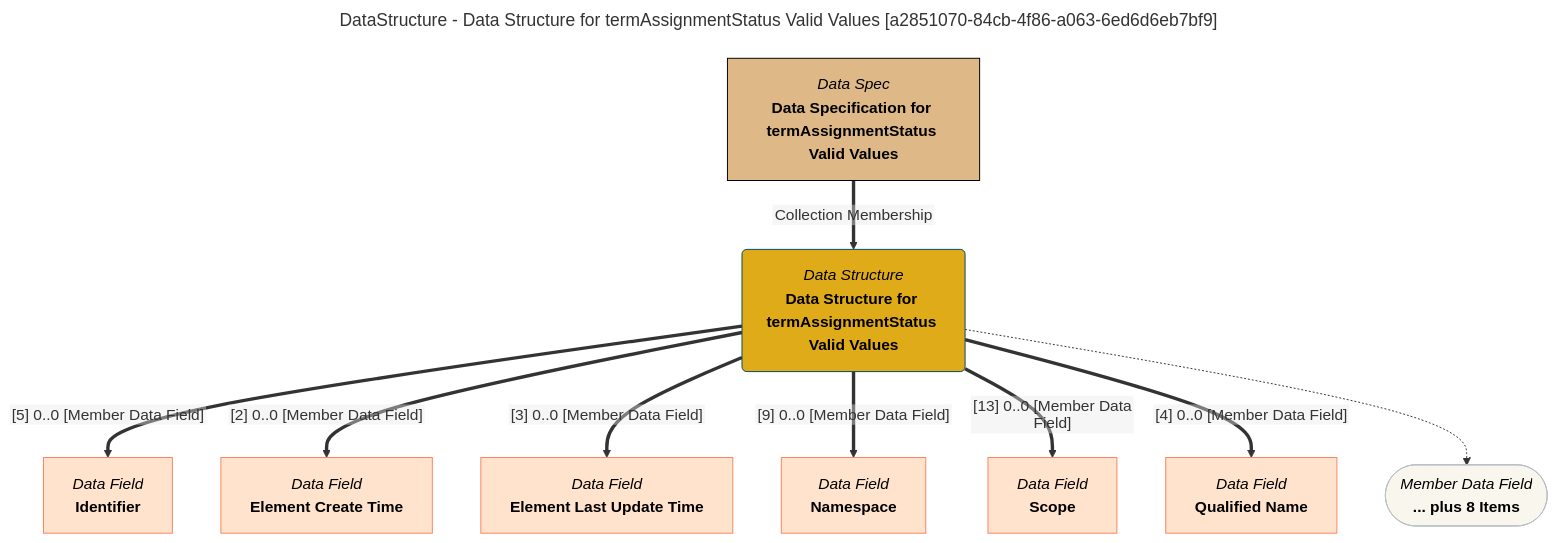
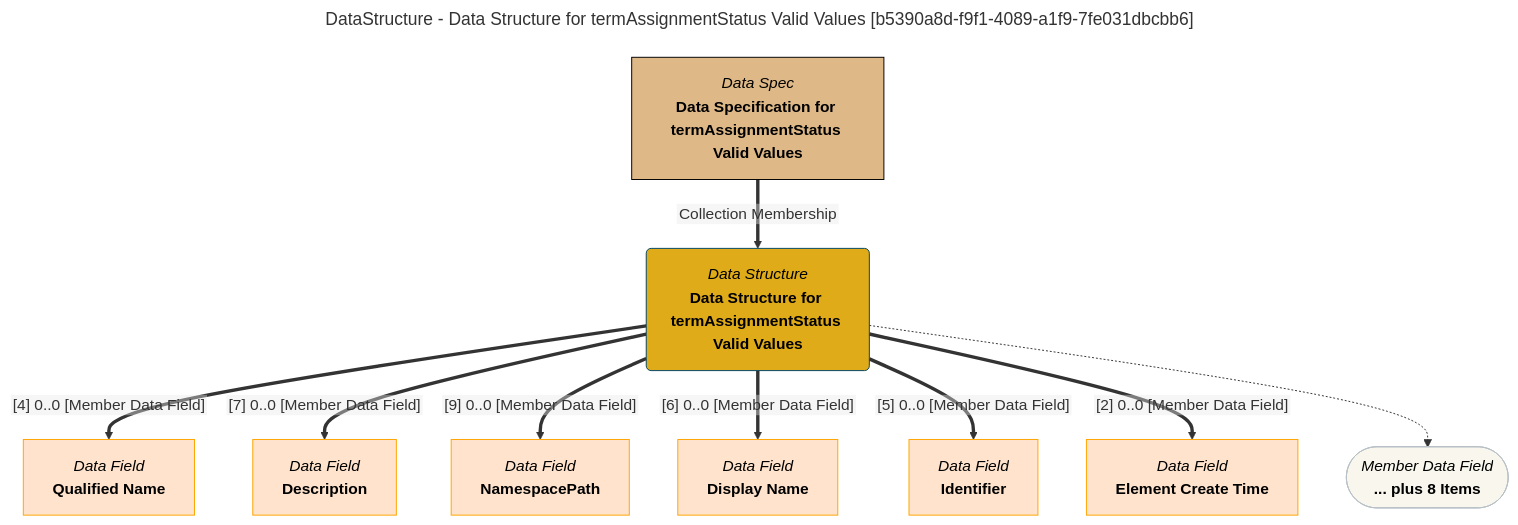
Before and after one commit to odpi/egeria-docs: the diagram in site/snippets/data-structures/data-structure-for-termassignmentstatus-valid-values-mermaid-graph.md, drawn with Mermaid. The commit also changed 2201 other files, not shown here.

````diff
--- a/site/snippets/data-structures/data-structure-for-termassignmentstatus-valid-values-mermaid-graph.md
+++ b/site/snippets/data-structures/data-structure-for-termassignmentstatus-valid-values-mermaid-graph.md
@@ -1,43 +1,43 @@
 ```mermaid
 ---
-title: DataStructure - Data Structure for termAssignmentStatus Valid Values [a2851070-84cb-4f86-a063-6ed6d6eb7bf9]
+title: DataStructure - Data Structure for termAssignmentStatus Valid Values [b5390a8d-f9f1-4089-a1f9-7fe031dbcbb6]
 ---
 flowchart TD
 %%{init: {"flowchart": {"htmlLabels": false}} }%%
 
 1@{ shape: rounded, label: "*Data Structure*
 **Data Structure for termAssignmentStatus Valid Values**"}
 2@{ shape: rect, label: "*Data Spec*
 **Data Specification for termAssignmentStatus Valid Values**"}
 2==>|"Collection Membership"|1
 3@{ shape: rect, label: "*Data Field*
+**Qualified Name**"}
+1==>|"[4] 0..0 [Member Data Field]"|3
+4@{ shape: rect, label: "*Data Field*
+**Description**"}
+1==>|"[7] 0..0 [Member Data Field]"|4
+5@{ shape: rect, label: "*Data Field*
+**NamespacePath**"}
+1==>|"[9] 0..0 [Member Data Field]"|5
+6@{ shape: rect, label: "*Data Field*
+**Display Name**"}
+1==>|"[6] 0..0 [Member Data Field]"|6
+7@{ shape: rect, label: "*Data Field*
 **Identifier**"}
-1==>|"[5] 0..0 [Member Data Field]"|3
-4@{ shape: rect, label: "*Data Field*
+1==>|"[5] 0..0 [Member Data Field]"|7
+8@{ shape: rect, label: "*Data Field*
 **Element Create Time**"}
-1==>|"[2] 0..0 [Member Data Field]"|4
-5@{ shape: rect, label: "*Data Field*
-**Element Last Update Time**"}
-1==>|"[3] 0..0 [Member Data Field]"|5
-6@{ shape: rect, label: "*Data Field*
-**Namespace**"}
-1==>|"[9] 0..0 [Member Data Field]"|6
-7@{ shape: rect, label: "*Data Field*
-**Scope**"}
-1==>|"[13] 0..0 [Member Data Field]"|7
-8@{ shape: rect, label: "*Data Field*
-**Qualified Name**"}
-1==>|"[4] 0..0 [Member Data Field]"|8
+1==>|"[2] 0..0 [Member Data Field]"|8
 9@{ shape: stadium, label: "*Member Data Field*
 **... plus 8 Items**"}
 1-.->9
 style 1 color:#000000, fill:#e0ab18, stroke:#004563
-style 2 color:#000000, fill:#deb887, stroke:#000000
-style 3 color:#000000, fill:#ffe3cc, stroke:#f9845b
-style 4 color:#000000, fill:#ffe3cc, stroke:#f9845b
-style 5 color:#000000, fill:#ffe3cc, stroke:#f9845b
-style 6 color:#000000, fill:#ffe3cc, stroke:#f9845b
-style 7 color:#000000, fill:#ffe3cc, stroke:#f9845b
-style 8 color:#000000, fill:#ffe3cc, stroke:#f9845b
+style 2 color:#000000, fill:#DEB887, stroke:#000000
+style 3 color:#000000, fill:#ffe3cc, stroke:#FFA500
+style 4 color:#000000, fill:#ffe3cc, stroke:#FFA500
+style 5 color:#000000, fill:#ffe3cc, stroke:#FFA500
+style 6 color:#000000, fill:#ffe3cc, stroke:#FFA500
+style 7 color:#000000, fill:#ffe3cc, stroke:#FFA500
+style 8 color:#000000, fill:#ffe3cc, stroke:#FFA500
 style 9 color:#000000, fill:#F9F7ED, stroke:#b7c0c7
 ```
````
